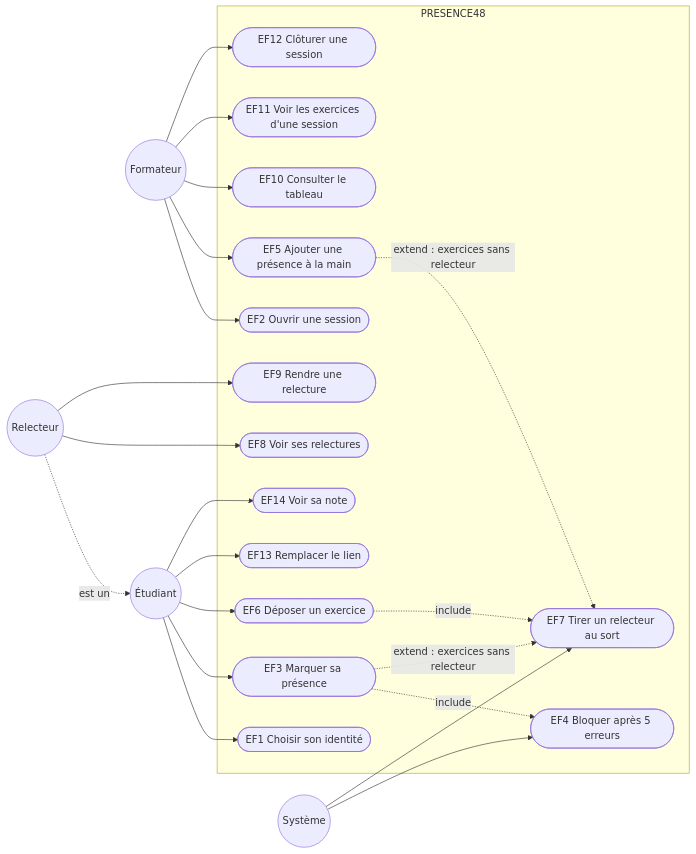
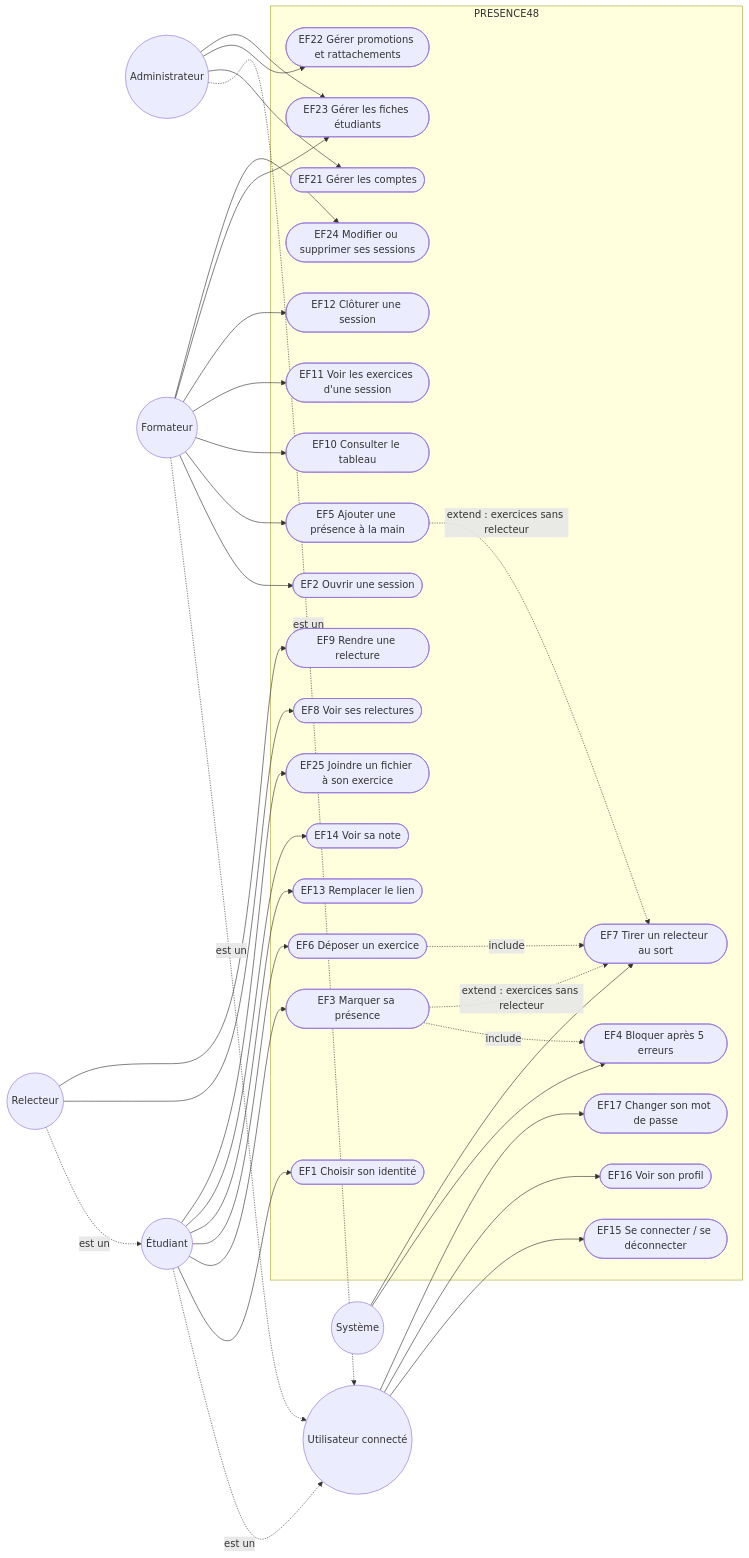
Before and after one commit to leonel2370/kfokam48-epreuve-230: the diagram in docs/diagrammes/D1-cas-utilisation.md, drawn with Mermaid. The commit also changed other lines of this file and 2 other files, not shown here.

Commit message:
docs(diagrammes): ajouter l'accès et l'administration aux diagrammes
D1 : acteurs Administrateur et Utilisateur connecté, cas EF15 à EF25.
D2 : tables UTILISATEUR et FORMATEUR_PROMOTION, colonnes etudiant.actif
et exercice.fichier_* (migrations V3 et V4). D5 : séquence de
connexion avec 200, 401, 403, 429, changement de mot de passe imposé
et déconnexion.

Refs: #55

````diff
--- a/docs/diagrammes/D1-cas-utilisation.md
+++ b/docs/diagrammes/D1-cas-utilisation.md
@@ -5,45 +5,67 @@
 ```mermaid
 flowchart LR
+    AD((Administrateur))
+    U((Utilisateur connecté))
     F((Formateur))
     E((Étudiant))
     R((Relecteur))
     S((Système))
     R -. "est un" .-> E
+    AD -. "est un" .-> U
+    F -. "est un" .-> U
+    E -. "est un" .-> U
 
     subgraph PRESENCE48
         UC1([EF1 Choisir son identité])
         UC2([EF2 Ouvrir une session])
         UC3([EF3 Marquer sa présence])
         UC4([EF4 Bloquer après 5 erreurs])
         UC5([EF5 Ajouter une présence à la main])
         UC6([EF6 Déposer un exercice])
         UC13([EF13 Remplacer le lien])
         UC7([EF7 Tirer un relecteur au sort])
         UC8([EF8 Voir ses relectures])
         UC9([EF9 Rendre une relecture])
         UC14([EF14 Voir sa note])
         UC10([EF10 Consulter le tableau])
         UC11([EF11 Voir les exercices d'une session])
         UC12([EF12 Clôturer une session])
+        UC15([EF15 Se connecter / se déconnecter])
+        UC16([EF16 Voir son profil])
+        UC17([EF17 Changer son mot de passe])
+        UC21([EF21 Gérer les comptes])
+        UC22([EF22 Gérer promotions et rattachements])
+        UC23([EF23 Gérer les fiches étudiants])
+        UC24([EF24 Modifier ou supprimer ses sessions])
+        UC25([EF25 Joindre un fichier à son exercice])
     end
 
     F --> UC2
     F --> UC5
     F --> UC10
     F --> UC11
     F --> UC12
     E --> UC1
     E --> UC3
     E --> UC6
     E --> UC13
     E --> UC14
     R --> UC8
     R --> UC9
+    U --> UC15
+    U --> UC16
+    U --> UC17
+    AD --> UC21
+    AD --> UC22
+    AD --> UC23
+    F --> UC23
+    F --> UC24
+    E --> UC25
     S --> UC4
     S --> UC7
 
     UC3 -. "include" .-> UC4
     UC6 -. "include" .-> UC7
     UC3 -. "extend : exercices sans relecteur" .-> UC7
     UC5 -. "extend : exercices sans relecteur" .-> UC7
 ```
````
